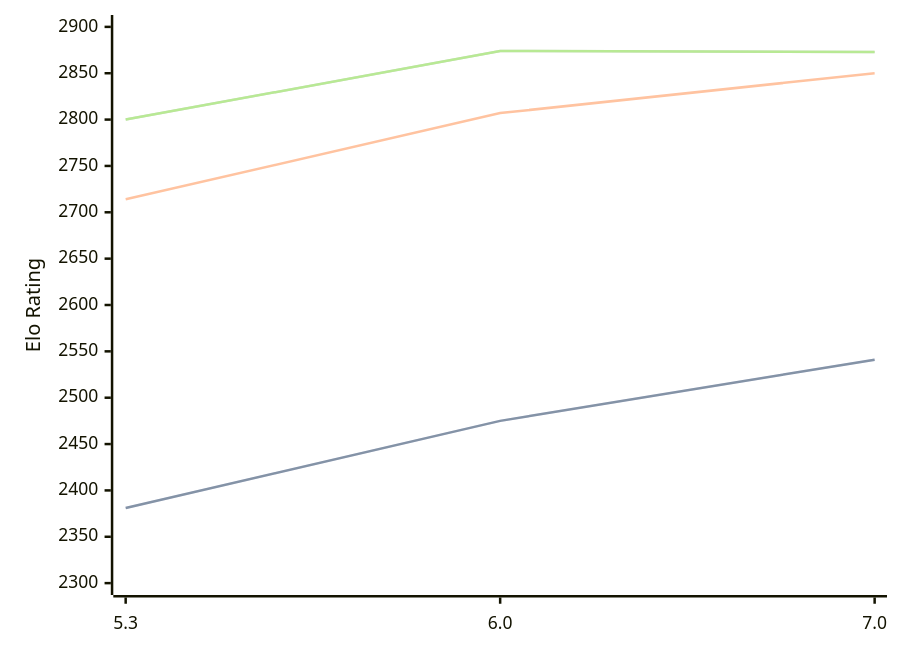
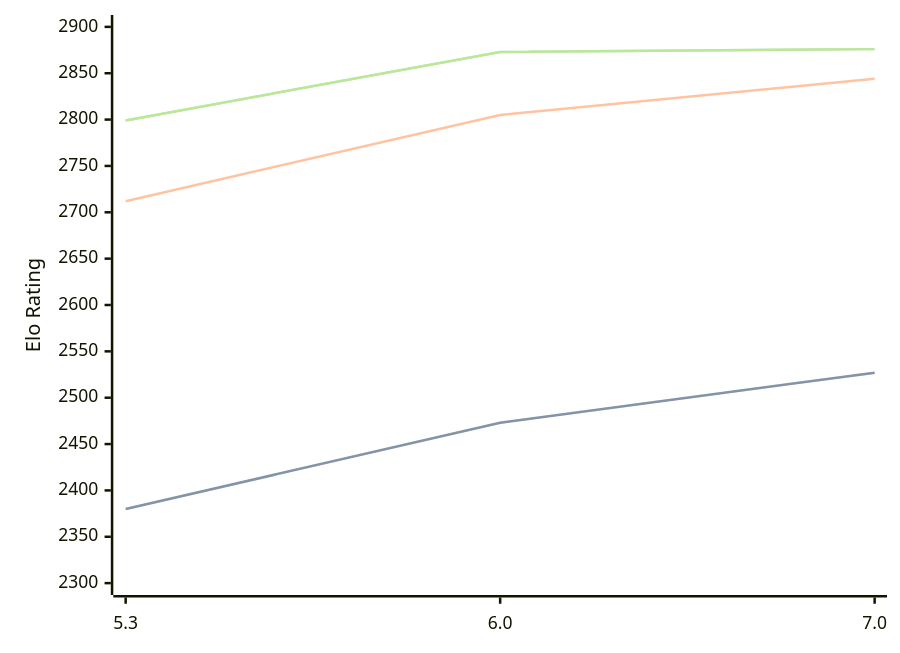
The third of 3 diagrams in engines/tomitankChess.md (computer-chess-index/cci), drawn with Mermaid before and after one commit. The commit also changed other lines of this file, not shown here.

Commit message:
Update CCI Ratings (ELO VLTC) - 2026-07-15

````diff
--- a/engines/tomitankChess.md
+++ b/engines/tomitankChess.md
@@ -74,11 +74,11 @@
 ```mermaid
 %%{init: {"theme":"base","themeVariables":{"seriesColors:['#a3a3a3','#222221','#faa371']}}}%%
 xychart-beta
   x-axis ["5.3", "6.0", "7.0"]
   y-axis "Elo Rating" 2300 --> 2900
-  line "STC (8.0+0.08s)" [2381, 2475, 2541]
-  line "STC (8.0+0.08s)" [2381, 2475, 2541]
-  line "LTC (60.0+0.60s)" [2714, 2807, 2850]
-  line "VLTC (2m24s+1.12s)" [2800, 2874, 2873]
-  line "VLTC (2m24s+1.12s)" [2800, 2874, 2873]
+  line "STC (8.0+0.08s)" [2380, 2473, 2527]
+  line "STC (8.0+0.08s)" [2380, 2473, 2527]
+  line "LTC (60.0+0.60s)" [2712, 2805, 2844]
+  line "VLTC (2m24s+1.12s)" [2799, 2873, 2876]
+  line "VLTC (2m24s+1.12s)" [2799, 2873, 2876]
 ```
````
